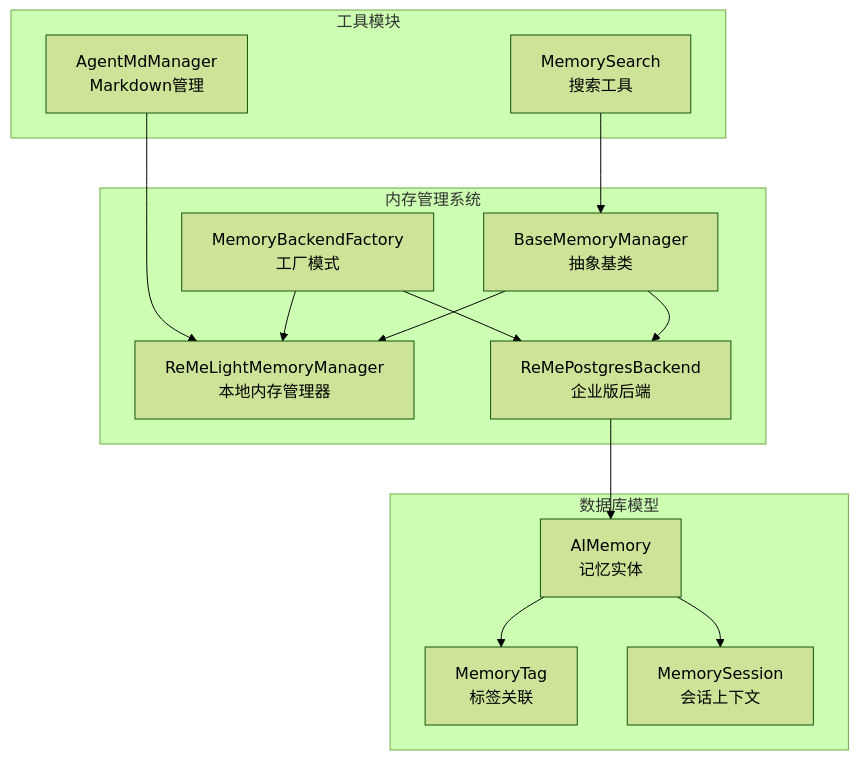
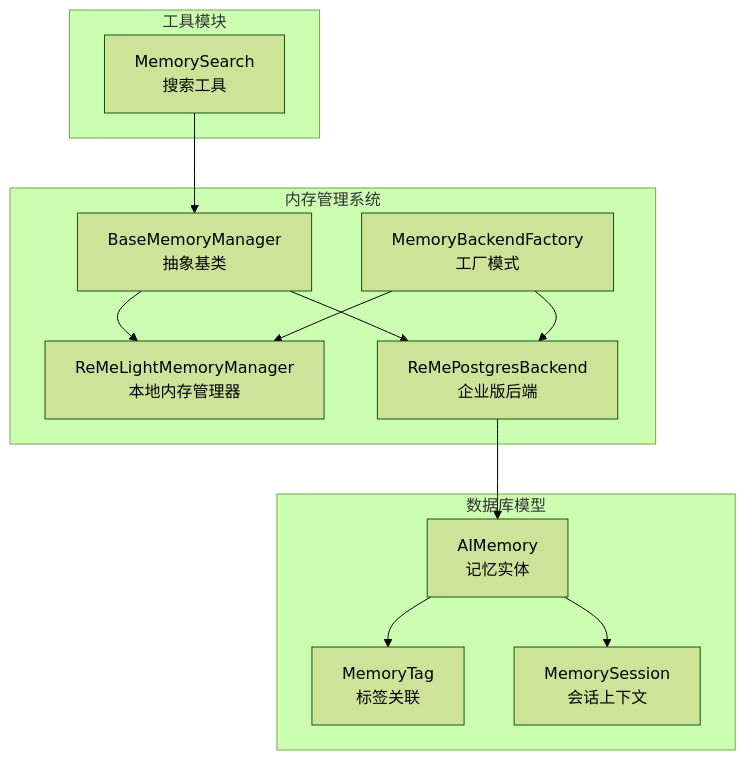
The first of 8 diagrams in .qoder/repowiki/zh/content/后端架构/向量内存系统.md (joezxh/CoPaw), drawn with Mermaid (forest theme) before and after one commit. The commit also changed other lines of this file and 117 other files, not shown here.

````diff
--- a/.qoder/repowiki/zh/content/后端架构/向量内存系统.md
+++ b/.qoder/repowiki/zh/content/后端架构/向量内存系统.md
@@ -40,27 +48,25 @@
 ```mermaid
 graph TB
 subgraph "内存管理系统"
 A[BaseMemoryManager<br>抽象基类]
 B[ReMeLightMemoryManager<br>本地内存管理器]
 C[ReMePostgresBackend<br>企业版后端]
 D[MemoryBackendFactory<br>工厂模式]
 end
 subgraph "工具模块"
 E[MemorySearch<br>搜索工具]
-F[AgentMdManager<br>Markdown管理]
 end
 subgraph "数据库模型"
-G[AIMemory<br>记忆实体]
-H[MemoryTag<br>标签关联]
-I[MemorySession<br>会话上下文]
+F[AIMemory<br>记忆实体]
+G[MemoryTag<br>标签关联]
+H[MemorySession<br>会话上下文]
 end
 A --> B
 A --> C
 D --> B
 D --> C
 E --> A
-F --> B
-C --> G
-G --> H
-G --> I
+C --> F
+F --> G
+F --> H
 ```
````
